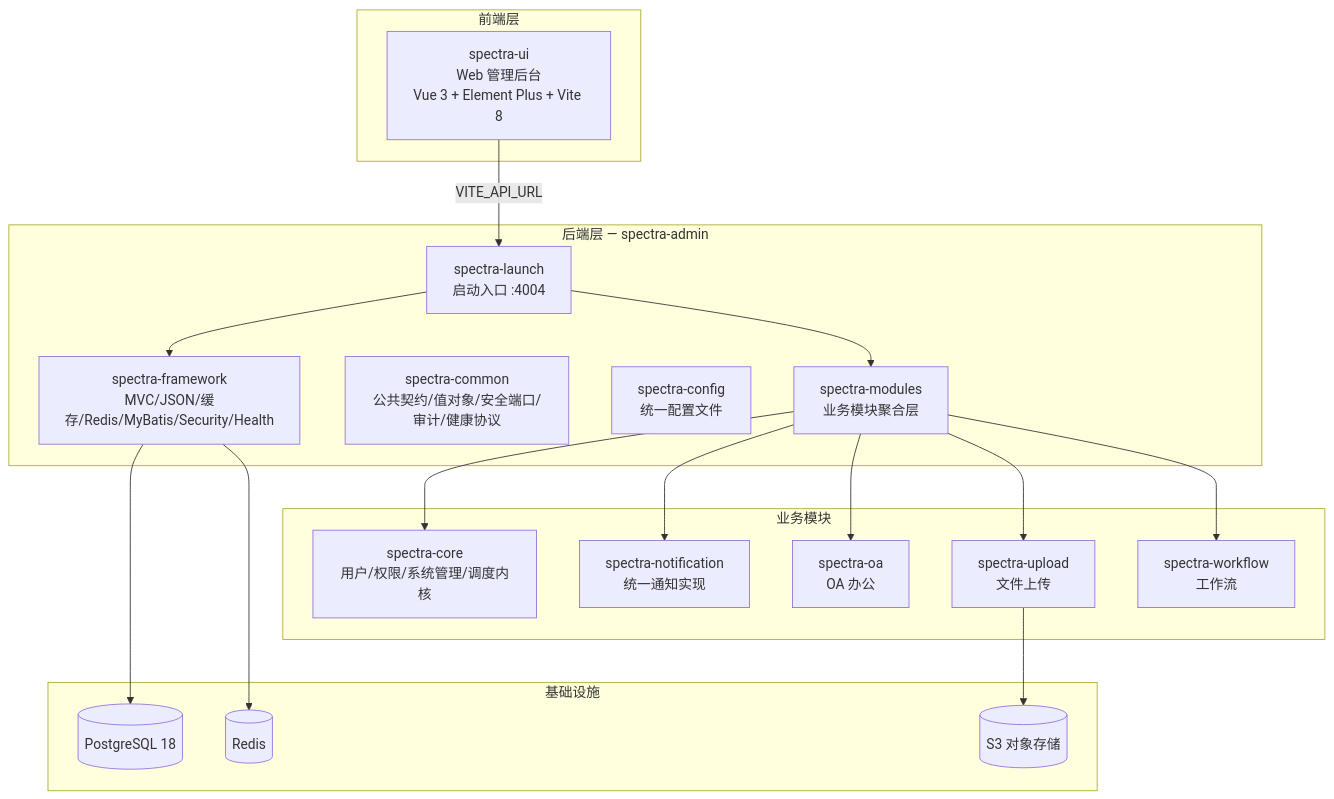
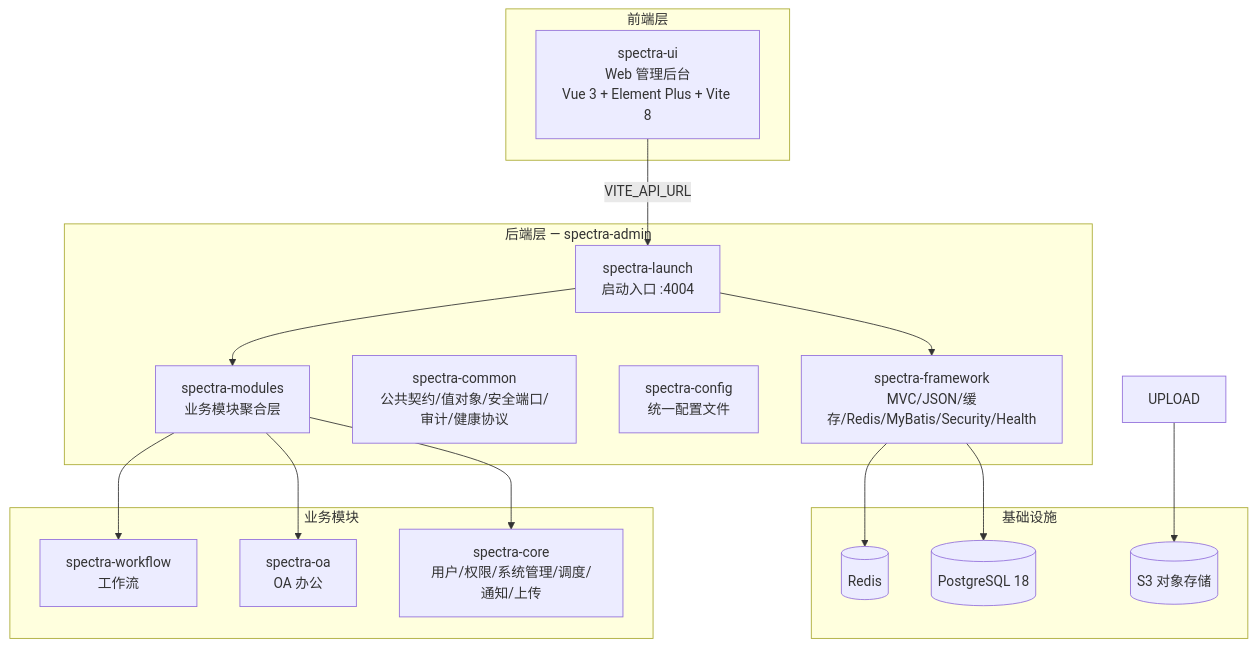
One commit to yangxj96/spectra-docs changed the diagram in docs/00-项目总览.md. Above: the diagram before and after it, drawn with Mermaid. The commit also changed other lines of this file and 19 other files, not shown here.

````diff
--- a/docs/00-项目总览.md
+++ b/docs/00-项目总览.md
@@ -24,40 +24,36 @@
 ```mermaid
 graph TB
     subgraph "前端层"
         UI["spectra-ui<br/>Web 管理后台<br/>Vue 3 + Element Plus + Vite 8"]
     end
 
     subgraph "后端层 — spectra-admin"
         LAUNCH["spectra-launch<br/>启动入口 :4004"]
         FW["spectra-framework<br/>MVC/JSON/缓存/Redis/MyBatis/Security/Health"]
         COMMON["spectra-common<br/>公共契约/值对象/安全端口/审计/健康协议"]
         CONFIG["spectra-config<br/>统一配置文件"]
         MODULES["spectra-modules<br/>业务模块聚合层"]
     end
 
     subgraph "业务模块"
-        CORE["spectra-core<br/>用户/权限/系统管理/调度内核"]
-        NOTIFY["spectra-notification<br/>统一通知实现"]
+        CORE["spectra-core<br/>用户/权限/系统管理/调度/通知/上传"]
         OA["spectra-oa<br/>OA 办公"]
-        UPLOAD["spectra-upload<br/>文件上传"]
         WF["spectra-workflow<br/>工作流"]
     end
 
     subgraph "基础设施"
         PG[("PostgreSQL 18")]
         REDIS[("Redis")]
         S3[("S3 对象存储")]
     end
 
 UI -->|"VITE_API_URL"| LAUNCH
     LAUNCH --> FW
     LAUNCH --> MODULES
     MODULES --> CORE
-    MODULES --> NOTIFY
     MODULES --> OA
-    MODULES --> UPLOAD
     MODULES --> WF
     FW --> PG
     FW --> REDIS
 UPLOAD --> S3
 ```
````
